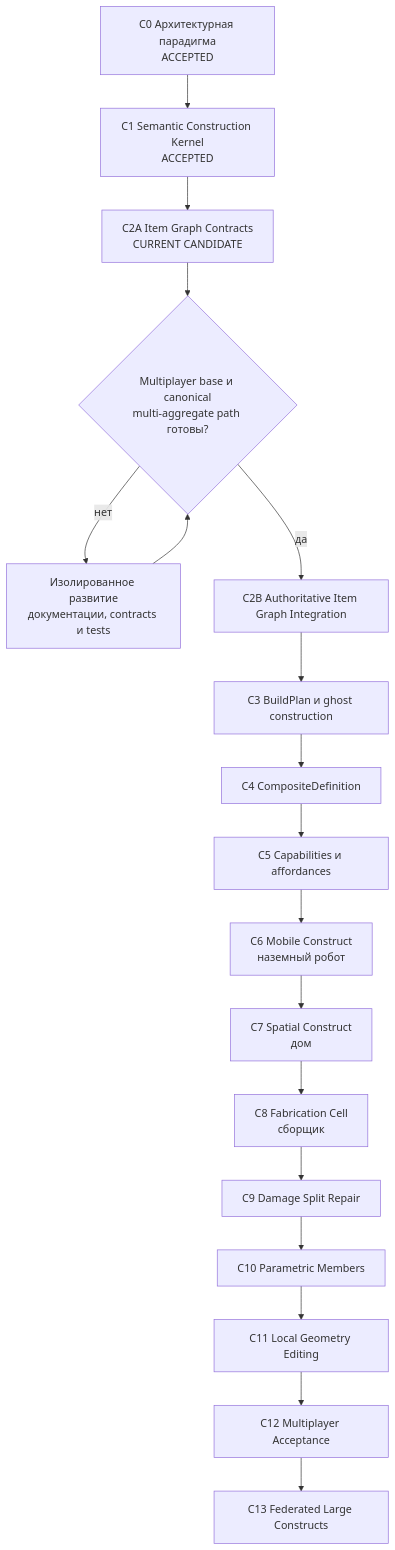
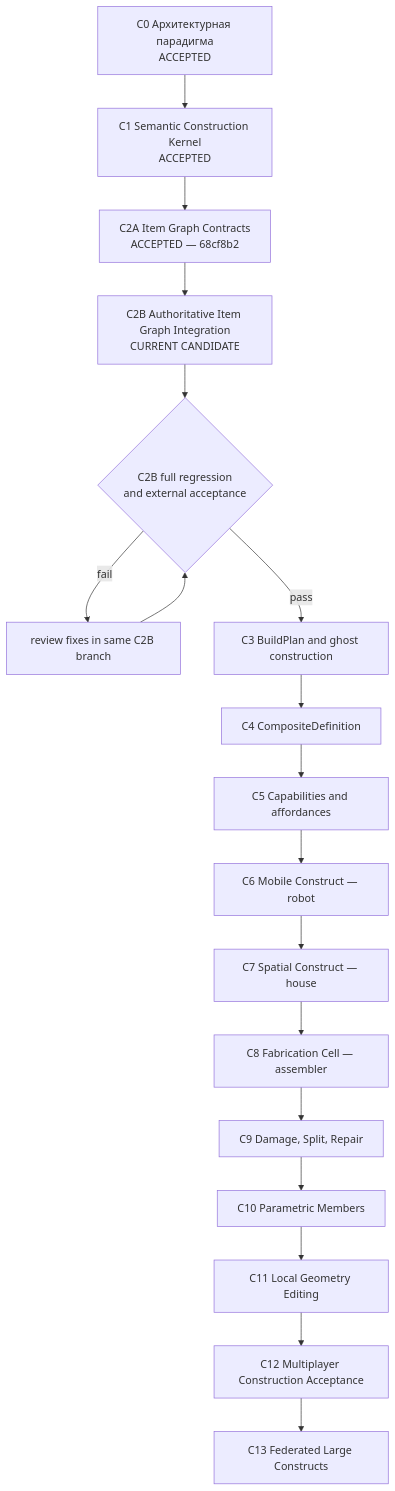
The diagram in docs/plans/CONSTRUCTION_MAP_RU.md (rootfabric/distributed-world-simulator), drawn with Mermaid before and after one commit. The commit also changed other lines of this file and 30 other files, not shown here.

Commit message:
feat(construction): integrate authoritative Item Graph

````diff
--- a/docs/plans/CONSTRUCTION_MAP_RU.md
+++ b/docs/plans/CONSTRUCTION_MAP_RU.md
@@ -19,20 +20,20 @@
 ```mermaid
 flowchart TD
     C0["C0 Архитектурная парадигма\nACCEPTED"] --> C1["C1 Semantic Construction Kernel\nACCEPTED"]
-    C1 --> C2A["C2A Item Graph Contracts\nCURRENT CANDIDATE"]
-    C2A --> G1{"Multiplayer base и canonical\nmulti-aggregate path готовы?"}
-    G1 -- "нет" --> R["Изолированное развитие\nдокументации, contracts и tests"]
-    R --> G1
-    G1 -- "да" --> C2B["C2B Authoritative Item Graph Integration"]
-    C2B --> C3["C3 BuildPlan и ghost construction"]
+    C1 --> C2A["C2A Item Graph Contracts\nACCEPTED — 68cf8b2"]
+    C2A --> C2B["C2B Authoritative Item Graph Integration\nCURRENT CANDIDATE"]
+    C2B --> G2{"C2B full regression\nand external acceptance"}
+    G2 -- fail --> F2["review fixes in same C2B branch"]
+    F2 --> G2
+    G2 -- pass --> C3["C3 BuildPlan and ghost construction"]
     C3 --> C4["C4 CompositeDefinition"]
-    C4 --> C5["C5 Capabilities и affordances"]
-    C5 --> C6["C6 Mobile Construct\nназемный робот"]
-    C6 --> C7["C7 Spatial Construct\nдом"]
-    C7 --> C8["C8 Fabrication Cell\nсборщик"]
-    C8 --> C9["C9 Damage Split Repair"]
+    C4 --> C5["C5 Capabilities and affordances"]
+    C5 --> C6["C6 Mobile Construct — robot"]
+    C6 --> C7["C7 Spatial Construct — house"]
+    C7 --> C8["C8 Fabrication Cell — assembler"]
+    C8 --> C9["C9 Damage, Split, Repair"]
     C9 --> C10["C10 Parametric Members"]
     C10 --> C11["C11 Local Geometry Editing"]
-    C11 --> C12["C12 Multiplayer Acceptance"]
+    C11 --> C12["C12 Multiplayer Construction Acceptance"]
     C12 --> C13["C13 Federated Large Constructs"]
 ```
````
